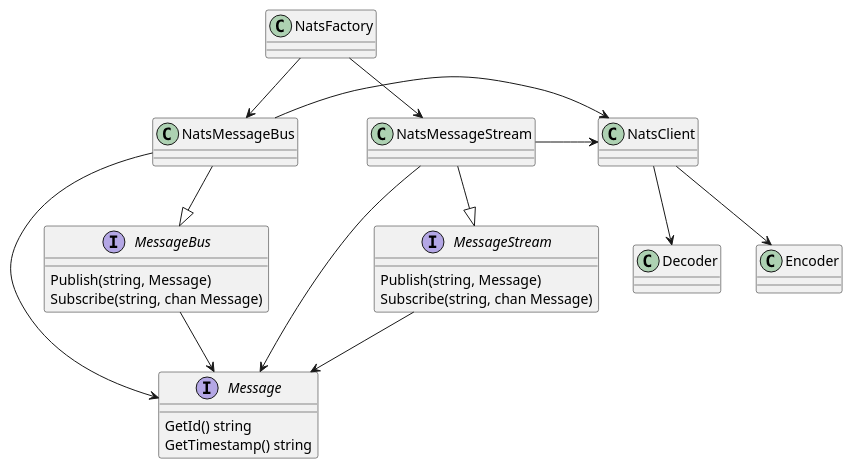
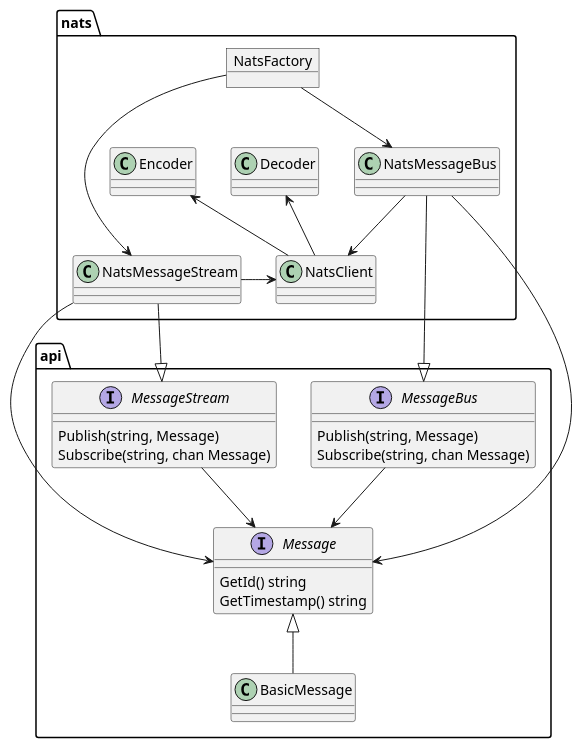
The diagram in docs/diagram.puml (slink-go/messaging), drawn with PlantUML before and after one commit. The commit also changed 17 other files, not shown here.

Commit message:
[nats.io] basic support for bus & stream

```diff
--- a/docs/diagram.puml
+++ b/docs/diagram.puml
@@ -1,53 +1,59 @@
 @startuml
 
-interface Message {
-    GetId() string
-    GetTimestamp() string
+
+package api {
+    class BasicMessage {
+    }
+
+    interface Message {
+        GetId() string
+        GetTimestamp() string
+    }
+
+    interface MessageBus {
+        Publish(string, Message)
+        Subscribe(string, chan Message)
+    }
+
+    interface MessageStream {
+        Publish(string, Message)
+        Subscribe(string, chan Message)
+    }
 }
 
-interface MessageBus {
-    Publish(string, Message)
-    Subscribe(string, chan Message)
+package nats {
+    class NatsMessageBus {
+    }
+    class NatsMessageStream {
+    }
+    class NatsClient {
+    }
+    object NatsFactory {
+    }
+    class Decoder {
+    }
+    class Encoder {
+    }
 }
 
-interface MessageStream {
-    Publish(string, Message)
-    Subscribe(string, chan Message)
-}
+Encoder <-- NatsClient
+Decoder <-- NatsClient
 
-class Decoder {
-}
-
-class Encoder {
-}
-
-class NatsMessageBus {
-}
-
-class NatsMessageStream {
-}
-
-class NatsClient {
-}
-
-class NatsFactory {
-}
 
 NatsFactory --> NatsMessageBus
 NatsFactory --> NatsMessageStream
 
 MessageBus --> Message
 MessageStream --> Message
 
 NatsMessageBus --|> MessageBus
 NatsMessageBus --> Message
-NatsMessageBus -> NatsClient
+NatsMessageBus --> NatsClient
 
 NatsMessageStream --> Message
 NatsMessageStream --|> MessageStream
 NatsMessageStream -> NatsClient
 
-NatsClient --> Encoder
-NatsClient --> Decoder
+Message <|-- BasicMessage
 
 @enduml
```
